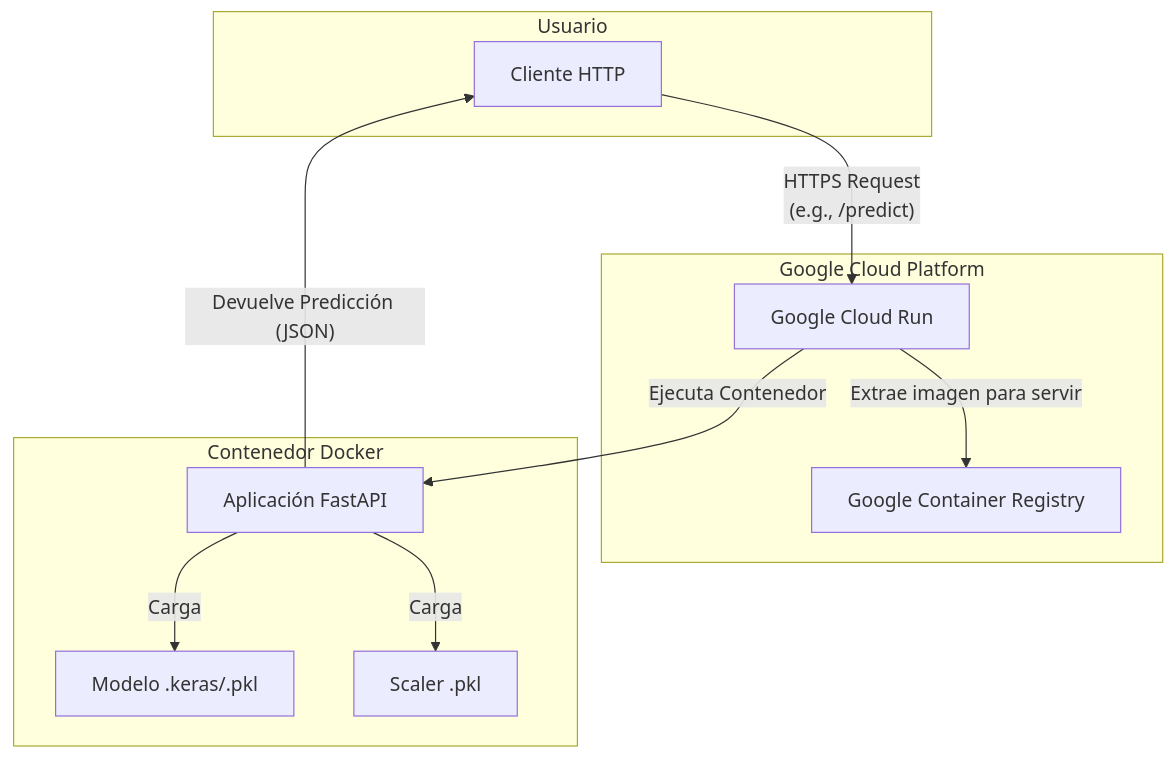
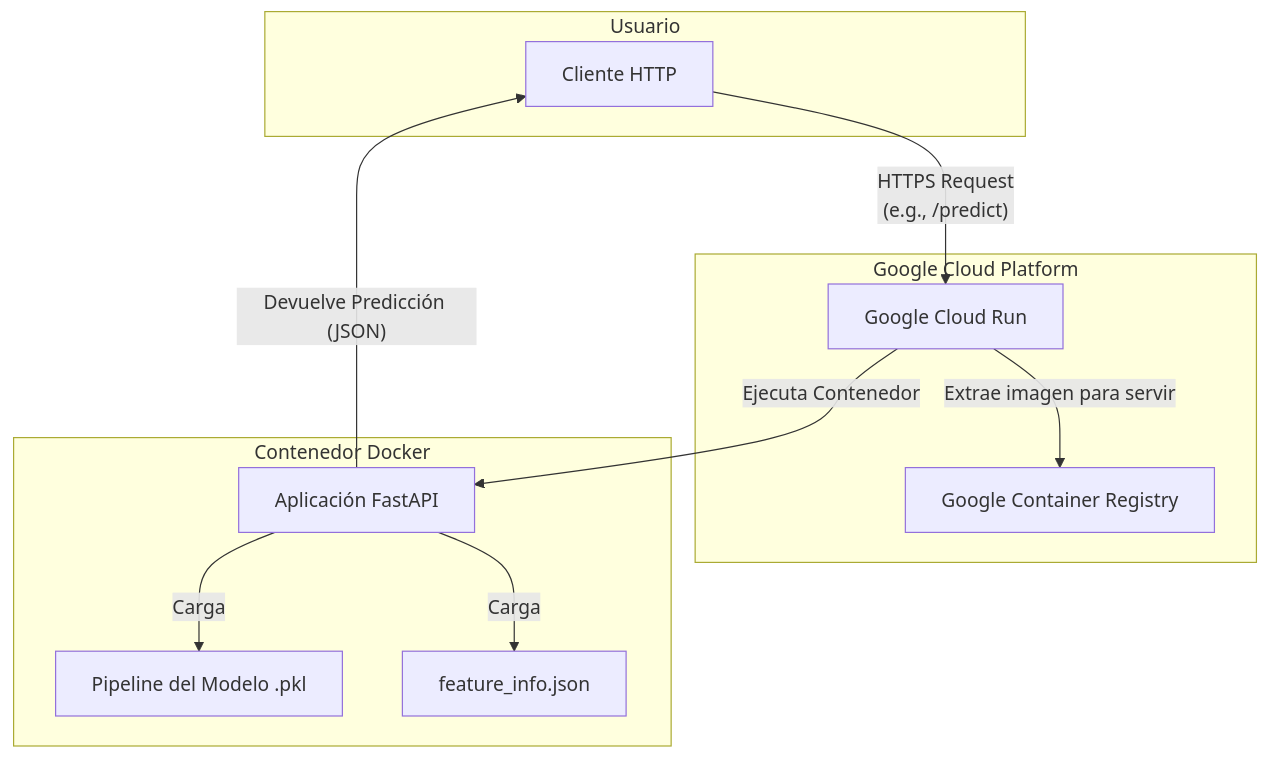
Before and after one commit to juanalytics/tdsp: the diagram in docs/deployment/deploymentdoc.md, drawn with Mermaid. The commit also changed other lines of this file and 13 other files, not shown here.

Commit message:
Updated feature_info.json with new age bands and regions, improved training_results.json metrics, and enhanced FastAPI application for student retention prediction. Added Dockerfile adjustments and deployment documentation updates. Included model artifacts for logistic regression and random forest.

````diff
--- a/docs/deployment/deploymentdoc.md
+++ b/docs/deployment/deploymentdoc.md
@@ -21,24 +20,24 @@
-```mermaid
-graph TD
-    subgraph "Usuario"
-        U[Cliente HTTP]
-    end
-
-    subgraph "Google Cloud Platform"
-        CR[Google Cloud Run]
-        GCR[Google Container Registry]
-    end
-
-    subgraph "Contenedor Docker"
-        F[Aplicación FastAPI]
-        M[Modelo .keras/.pkl]
-        S[Scaler .pkl]
-    end
-
-    U --"HTTPS Request<br/>(e.g., /predict)"--> CR
-    CR --"Extrae imagen para servir"--> GCR
-    CR --"Ejecuta Contenedor"--> F
-    F --"Carga"--> M
-    F --"Carga"--> S
-    F --"Devuelve Predicción (JSON)"--> U
-```
+    ```mermaid
+    graph TD
+        subgraph "Usuario"
+            U[Cliente HTTP]
+        end
+    
+        subgraph "Google Cloud Platform"
+            CR[Google Cloud Run]
+            GCR[Google Container Registry]
+        end
+    
+        subgraph "Contenedor Docker"
+            F[Aplicación FastAPI]
+            M[Pipeline del Modelo .pkl]
+            J[feature_info.json]
+        end
+    
+        U --"HTTPS Request<br/>(e.g., /predict)"--> CR
+        CR --"Extrae imagen para servir"--> GCR
+        CR --"Ejecuta Contenedor"--> F
+        F --"Carga"--> M
+        F --"Carga"--> J
+        F --"Devuelve Predicción (JSON)"--> U
+    ```
````
